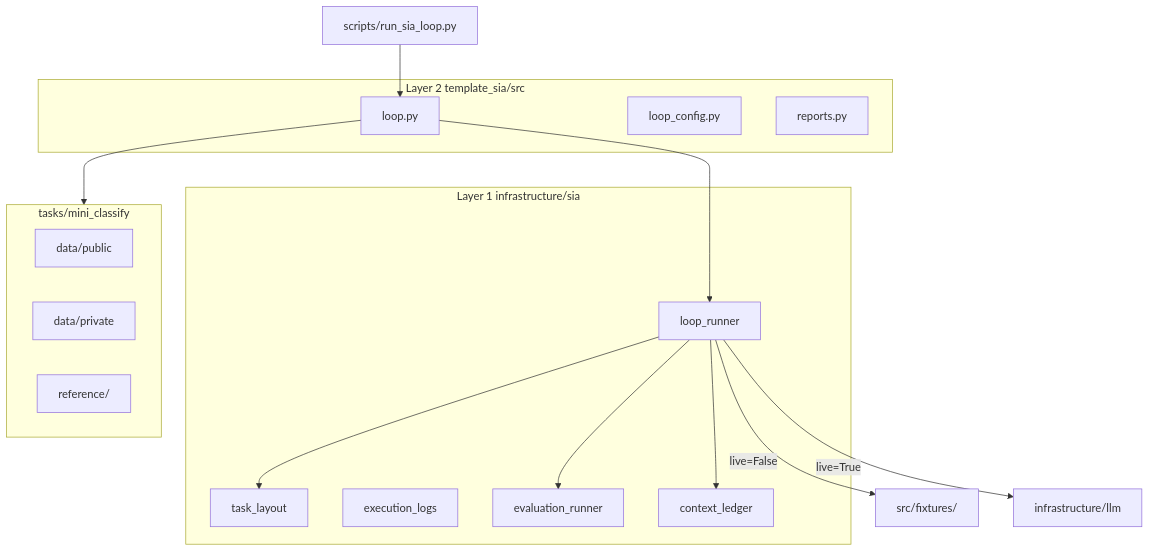
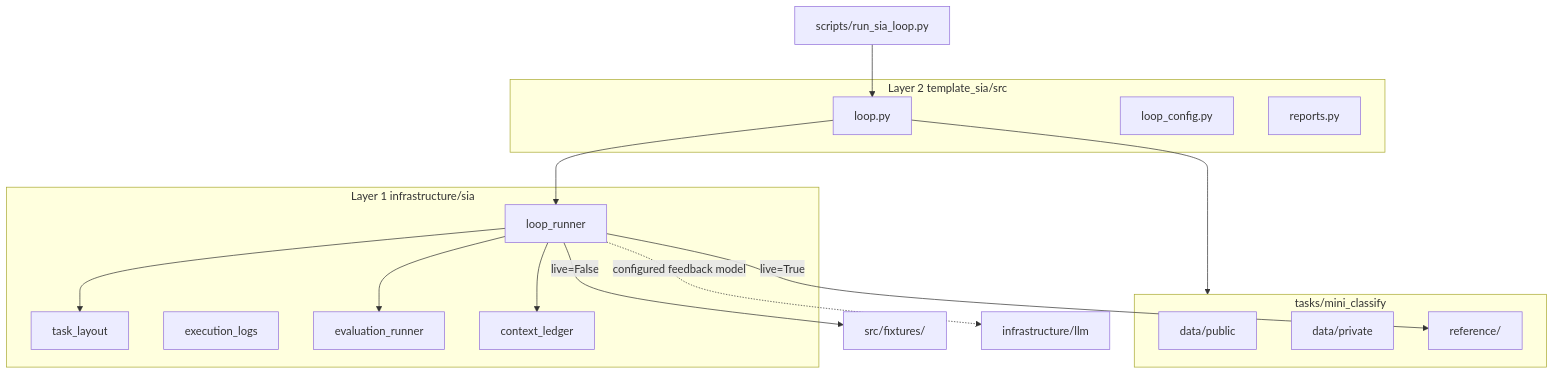
The diagram in docs/architecture.md (docxology/template_sia), drawn with Mermaid before and after one commit. The commit also changed other lines of this file and 38 other files, not shown here.

````diff
--- a/docs/architecture.md
+++ b/docs/architecture.md
@@ -5,31 +5,32 @@
 ```mermaid
 flowchart TB
   subgraph L1 [Layer 1 infrastructure/sia]
     TL[task_layout]
     EL[execution_logs]
     ER[evaluation_runner]
     CL[context_ledger]
     LR[loop_runner]
   end
 
   subgraph L2 [Layer 2 template_sia/src]
     LOOP[loop.py]
     CFG[loop_config.py]
     REP[reports.py]
   end
 
   subgraph TASK [tasks/mini_classify]
     PUB[data/public]
     PRIV[data/private]
     REF[reference/]
   end
 
   SCR[scripts/run_sia_loop.py] --> LOOP
   LOOP --> LR
   LR --> TL
   LR --> ER
   LR --> CL
   LOOP --> TASK
   LR -->|live=False| FIX[src/fixtures/]
-  LR -->|live=True| LLM[infrastructure/llm]
+  LR -->|live=True| REF
+  LR -.->|configured feedback model| LLM[infrastructure/llm]
 ```
````
